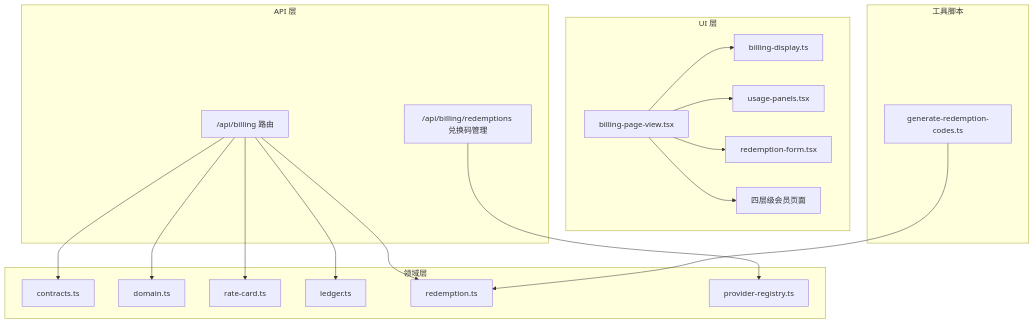
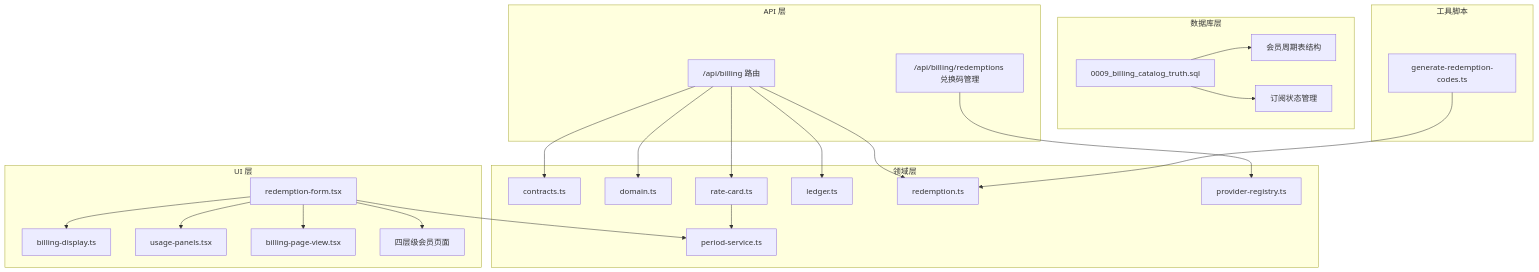
The first of 3 diagrams in .qoder/repowiki/zh/content/项目概述/计费配置/计费配置.md (scottcwy/PurpleInk), drawn with Mermaid before and after one commit. The commit also changed other lines of this file and 48 other files, not shown here.

````diff
--- a/.qoder/repowiki/zh/content/项目概述/计费配置/计费配置.md
+++ b/.qoder/repowiki/zh/content/项目概述/计费配置/计费配置.md
@@ -51,36 +52,46 @@
 ```mermaid
 graph TB
 subgraph "API 层"
 A["/api/billing 路由"]
 B["/api/billing/redemptions 兑换码管理"]
 end
 subgraph "领域层"
 C["contracts.ts"]
 D["domain.ts"]
 E["rate-card.ts"]
 F["ledger.ts"]
 G["redemption.ts"]
 H["provider-registry.ts"]
+I["period-service.ts"]
 end
 subgraph "UI 层"
-I["billing-display.ts"]
-J["usage-panels.tsx"]
-K["redemption-form.tsx"]
-L["billing-page-view.tsx"]
-M["四层级会员页面"]
+J["billing-display.ts"]
+K["usage-panels.tsx"]
+L["redemption-form.tsx"]
+M["billing-page-view.tsx"]
+N["四层级会员页面"]
+end
+subgraph "数据库层"
+O["0009_billing_catalog_truth.sql"]
+P["会员周期表结构"]
+Q["订阅状态管理"]
 end
 subgraph "工具脚本"
-N["generate-redemption-codes.ts"]
+R["generate-redemption-codes.ts"]
 end
 A --> C
 A --> D
 A --> E
 A --> F
 A --> G
 B --> H
 L --> I
 L --> J
 L --> K
 L --> M
-N --> G
+L --> N
+R --> G
+O --> P
+O --> Q
+E --> I
 ```
````
